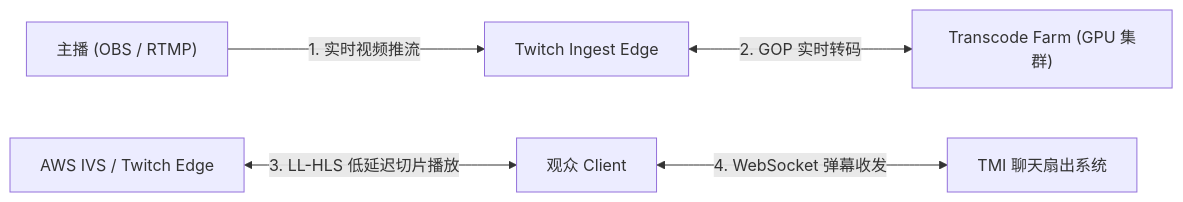
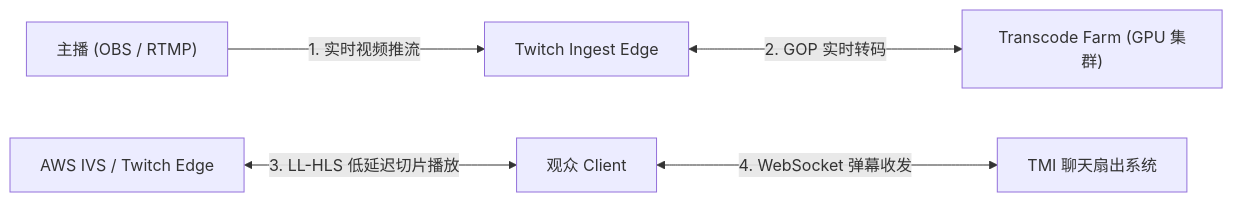
The third of 6 diagrams in docs/atlas/twitch.mdx (koosai/AI-Architect-Learning), drawn with Mermaid before and after one commit. The commit also changed other lines of this file and 68 other files, not shown here.

Commit message:
fix(atlas): fix browser client-side Mermaid rendering for mindmaps and flowcharts across 67 case studies

````diff
--- a/docs/atlas/twitch.mdx
+++ b/docs/atlas/twitch.mdx
@@ -115,7 +115,7 @@
 ```mermaid
 graph LR
   Broadcaster["主播 (OBS / RTMP)"] -->|1. 实时视频推流| IngestEdge["Twitch Ingest Edge"]
-  IngestEdge <-->|2. GOP 实时转码| TranscodeFarm["Transcode Farm (GPU 集群)"]
+  IngestEdge <--->|2. GOP 实时转码| TranscodeFarm["Transcode Farm (GPU 集群)"]
   TranscodeEdge["AWS IVS / Twitch Edge"] <-->|3. LL-HLS 低延迟切片播放| Viewer["观众 Client"]
-  Viewer <-->|4. WebSocket 弹幕收发| TMISystem["TMI 聊天扇出系统"]
+  Viewer <--->|4. WebSocket 弹幕收发| TMISystem["TMI 聊天扇出系统"]
 ```
````
